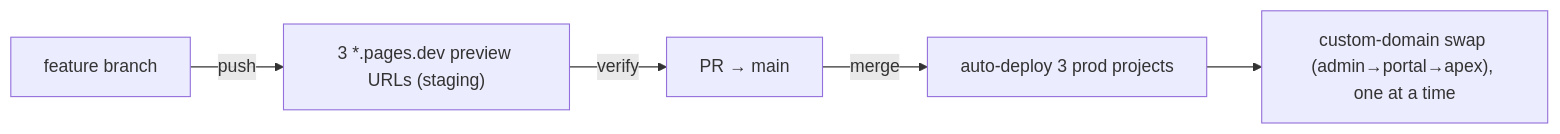
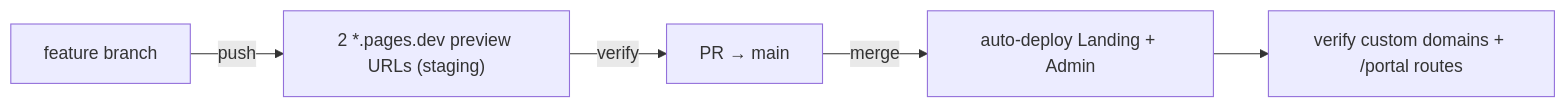
The second of 2 diagrams in docs/environments.md (johnryAtienza/elearning-review-platform), drawn with Mermaid before and after one commit. The commit also changed other lines of this file and 11 other files, not shown here.

Commit message:
docs: update architecture after retiring standalone portal deployment

````diff
--- a/docs/environments.md
+++ b/docs/environments.md
@@ -114,7 +112,7 @@
 ```mermaid
 flowchart LR
-  dev["feature branch"] -->|push| preview["3 *.pages.dev preview URLs (staging)"]
+  dev["feature branch"] -->|push| preview["2 *.pages.dev preview URLs (staging)"]
   preview -->|verify| pr["PR → main"]
-  pr -->|merge| prod["auto-deploy 3 prod projects"]
-  prod --> swap["custom-domain swap (admin→portal→apex), one at a time"]
+  pr -->|merge| prod["auto-deploy Landing + Admin"]
+  prod --> verify["verify custom domains + /portal routes"]
 ```
````
